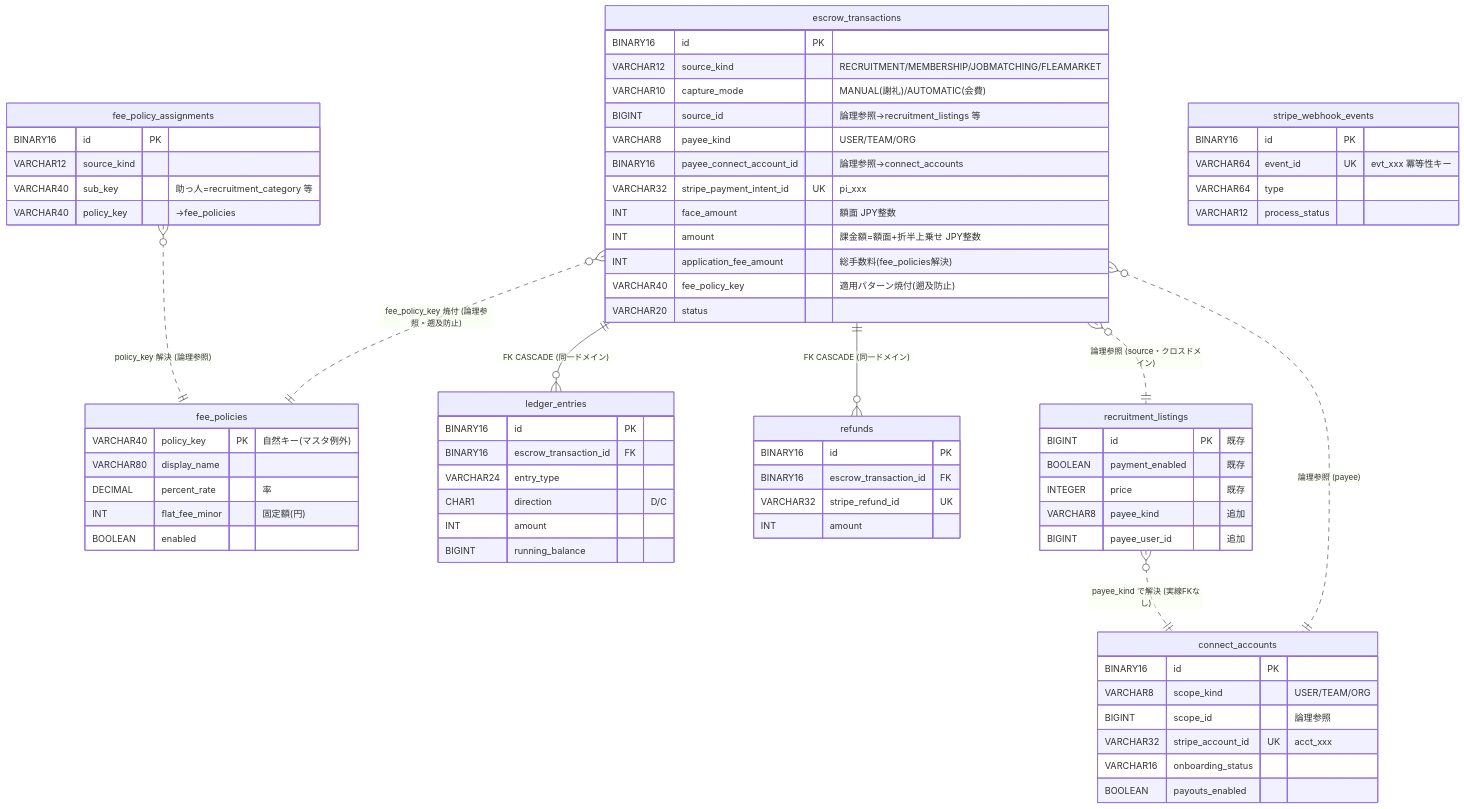
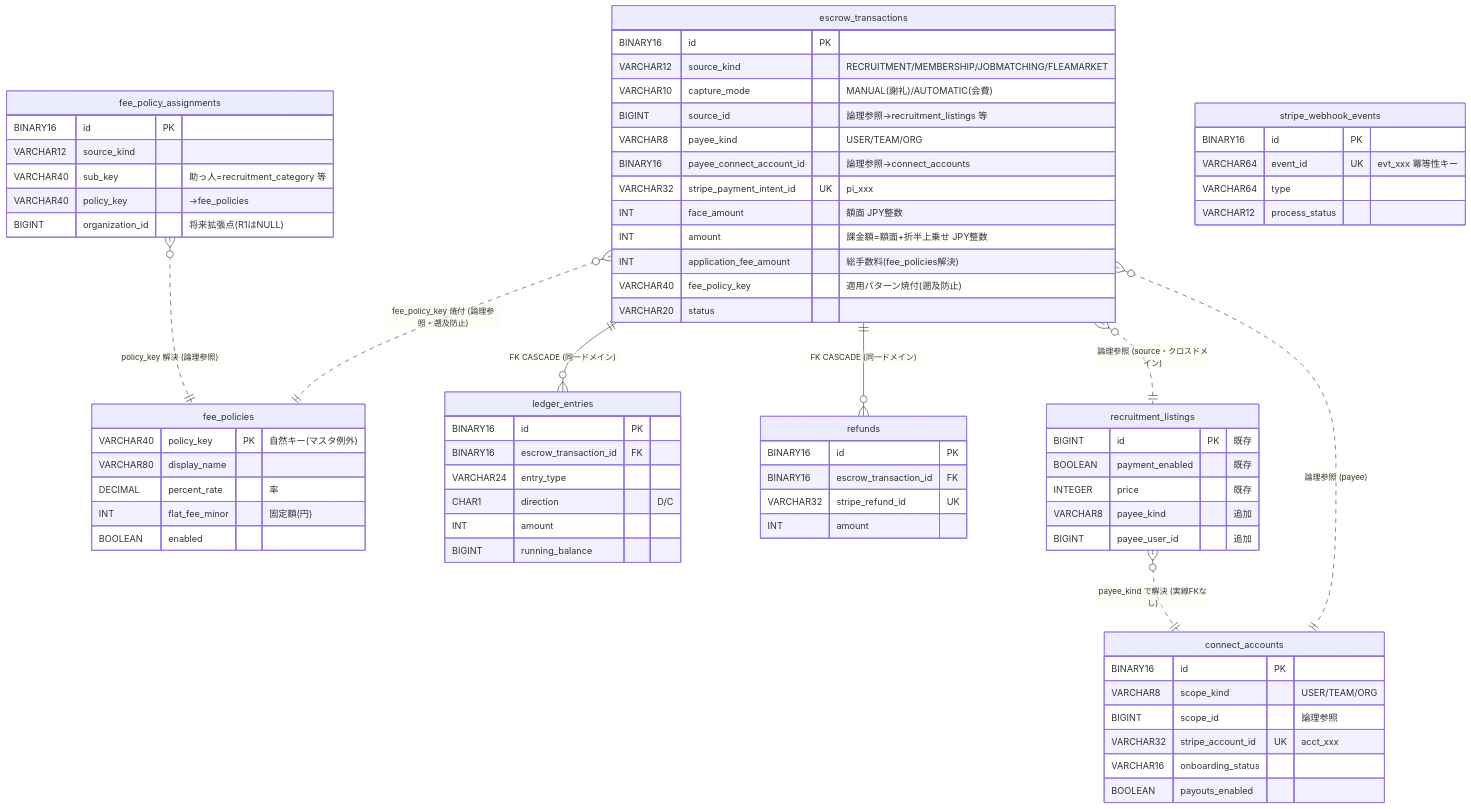
The diagram in docs/features/F22.1_market/payment/01_data_model.md (kenta-0420/mannschaft), drawn with Mermaid before and after one commit. The commit also changed other lines of this file and 4 other files, not shown here.

````diff
--- a/docs/features/F22.1_market/payment/01_data_model.md
+++ b/docs/features/F22.1_market/payment/01_data_model.md
@@ -350,73 +352,74 @@
 ```mermaid
 erDiagram
     connect_accounts {
         BINARY16 id PK
         VARCHAR8 scope_kind "USER/TEAM/ORG"
         BIGINT scope_id "論理参照"
         VARCHAR32 stripe_account_id UK "acct_xxx"
         VARCHAR16 onboarding_status
         BOOLEAN payouts_enabled
     }
     escrow_transactions {
         BINARY16 id PK
         VARCHAR12 source_kind "RECRUITMENT/MEMBERSHIP/JOBMATCHING/FLEAMARKET"
         VARCHAR10 capture_mode "MANUAL(謝礼)/AUTOMATIC(会費)"
         BIGINT source_id "論理参照→recruitment_listings 等"
         VARCHAR8 payee_kind "USER/TEAM/ORG"
         BINARY16 payee_connect_account_id "論理参照→connect_accounts"
         VARCHAR32 stripe_payment_intent_id UK "pi_xxx"
         INT face_amount "額面 JPY整数"
         INT amount "課金額=額面+折半上乗せ JPY整数"
         INT application_fee_amount "総手数料(fee_policies解決)"
         VARCHAR40 fee_policy_key "適用パターン焼付(遡及防止)"
         VARCHAR20 status
     }
     fee_policies {
         VARCHAR40 policy_key PK "自然キー(マスタ例外)"
         VARCHAR80 display_name
         DECIMAL percent_rate "率"
         INT flat_fee_minor "固定額(円)"
         BOOLEAN enabled
     }
     fee_policy_assignments {
         BINARY16 id PK
         VARCHAR12 source_kind
         VARCHAR40 sub_key "助っ人=recruitment_category 等"
         VARCHAR40 policy_key "→fee_policies"
+        BIGINT organization_id "将来拡張点(R1はNULL)"
     }
     ledger_entries {
         BINARY16 id PK
         BINARY16 escrow_transaction_id FK
         VARCHAR24 entry_type
         CHAR1 direction "D/C"
         INT amount
         BIGINT running_balance
     }
     refunds {
         BINARY16 id PK
         BINARY16 escrow_transaction_id FK
         VARCHAR32 stripe_refund_id UK
         INT amount
     }
     stripe_webhook_events {
         BINARY16 id PK
         VARCHAR64 event_id UK "evt_xxx 冪等性キー"
         VARCHAR64 type
         VARCHAR12 process_status
     }
     recruitment_listings {
         BIGINT id PK "既存"
         BOOLEAN payment_enabled "既存"
         INTEGER price "既存"
         VARCHAR8 payee_kind "追加"
         BIGINT payee_user_id "追加"
     }
 
     escrow_transactions ||--o{ ledger_entries : "FK CASCADE (同一ドメイン)"
     escrow_transactions ||--o{ refunds : "FK CASCADE (同一ドメイン)"
     escrow_transactions }o..|| connect_accounts : "論理参照 (payee)"
     escrow_transactions }o..|| recruitment_listings : "論理参照 (source・クロスドメイン)"
     escrow_transactions }o..|| fee_policies : "fee_policy_key 焼付 (論理参照・遡及防止)"
     fee_policy_assignments }o..|| fee_policies : "policy_key 解決 (論理参照)"
     recruitment_listings }o..|| connect_accounts : "payee_kind で解決 (実線FKなし)"
 ```
````
